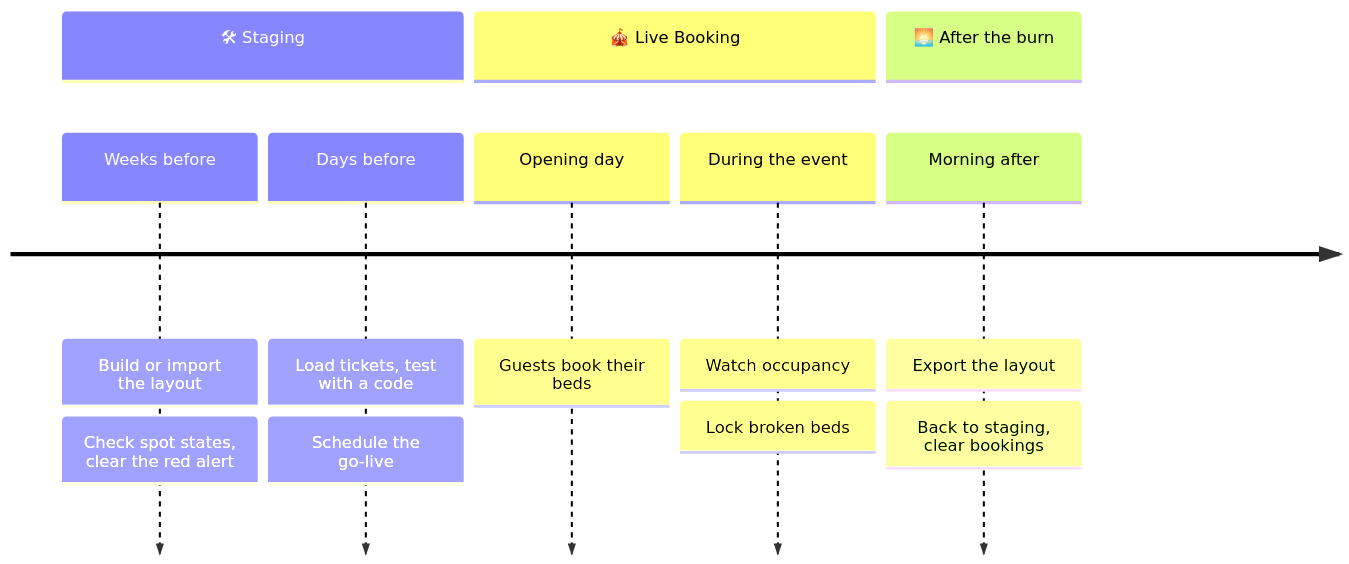
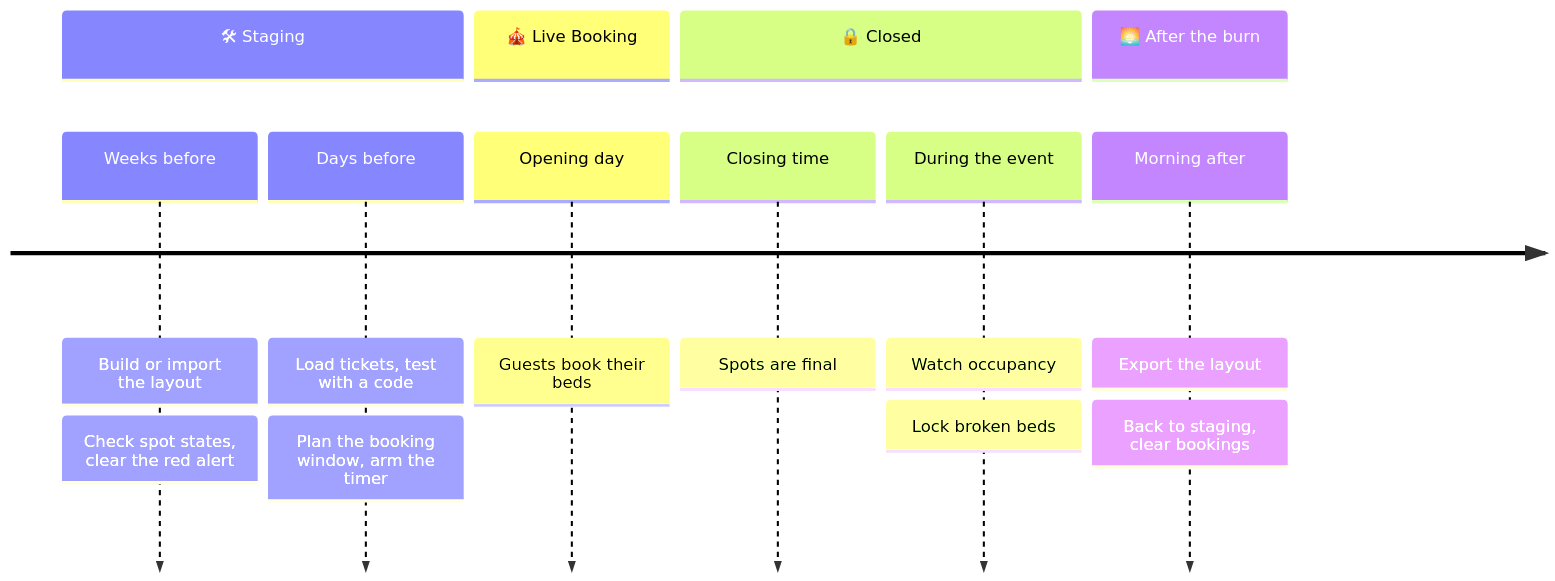
The diagram in docs/admin/event-checklist.md (MorpheusMXML/hamburn-cozynights), drawn with Mermaid before and after one commit. The commit also changed other lines of this file and 16 other files, not shown here.

First line of the commit message:
docs(booking): describe the booking window, the phase Closed and the new panel

````diff
--- a/docs/admin/event-checklist.md
+++ b/docs/admin/event-checklist.md
@@ -5,11 +5,13 @@
 ```mermaid
 timeline
   section 🛠 Staging
     Weeks before : Build or import the layout : Check spot states, clear the red alert
-    Days before : Load tickets, test with a code : Schedule the go-live
+    Days before : Load tickets, test with a code : Plan the booking window, arm the timer
   section 🎪 Live Booking
     Opening day : Guests book their beds
+  section 🔒 Closed
+    Closing time : Spots are final
     During the event : Watch occupancy : Lock broken beds
   section 🌅 After the burn
     Morning after : Export the layout : Back to staging, clear bookings
 ```
````
